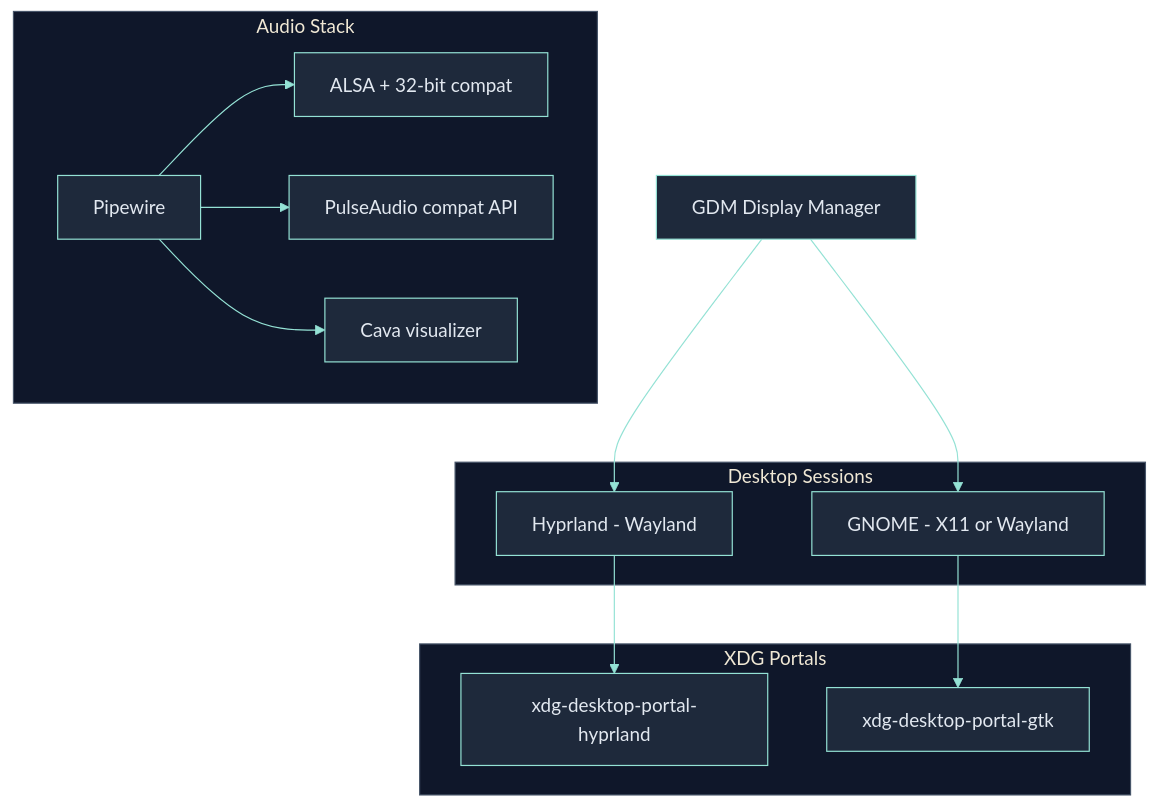
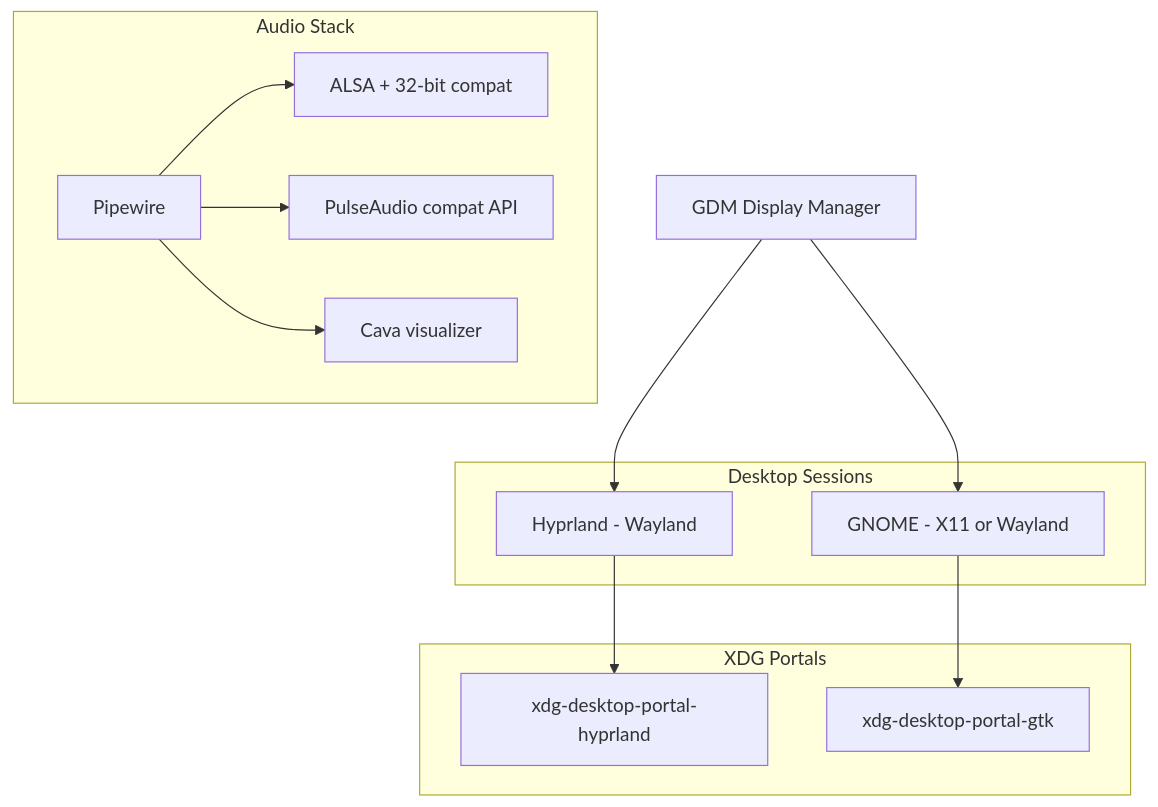
One commit to RomeoCavazza/nixos-config changed the third of 8 diagrams in docs/README.md. Above: the diagram before and after it, drawn with Mermaid. The commit also changed other lines of this file, not shown here.

Commit message:
docs: fix Mermaid parse errors, clean stray PNGs, use default GitHub colors

````diff
--- a/docs/README.md
+++ b/docs/README.md
@@ -119,30 +117,29 @@
 ```mermaid
-%%{init: {'theme': 'base', 'themeVariables': { 'primaryColor': '#1e293b', 'secondaryColor': '#0f172a', 'tertiaryColor': '#0f172a', 'primaryBorderColor': '#94e2d5', 'lineColor': '#94e2d5', 'primaryTextColor': '#e2e8f0', 'clusterBkg': '#0f172a', 'clusterBorder': '#475569' }}}%%
 flowchart TD
   gdm[GDM Display Manager]
 
   subgraph sessions["Desktop Sessions"]
     hypr[Hyprland - Wayland]
     gnome[GNOME - X11 or Wayland]
   end
 
   subgraph portals["XDG Portals"]
     ph[xdg-desktop-portal-hyprland]
     pg[xdg-desktop-portal-gtk]
   end
 
   subgraph audio["Audio Stack"]
     pw[Pipewire]
     alsa[ALSA + 32-bit compat]
     pulse[PulseAudio compat API]
     cava[Cava visualizer]
   end
 
   gdm --> hypr
   gdm --> gnome
   hypr --> ph
   gnome --> pg
   pw --> alsa
   pw --> pulse
   pw --> cava
 ```
````
